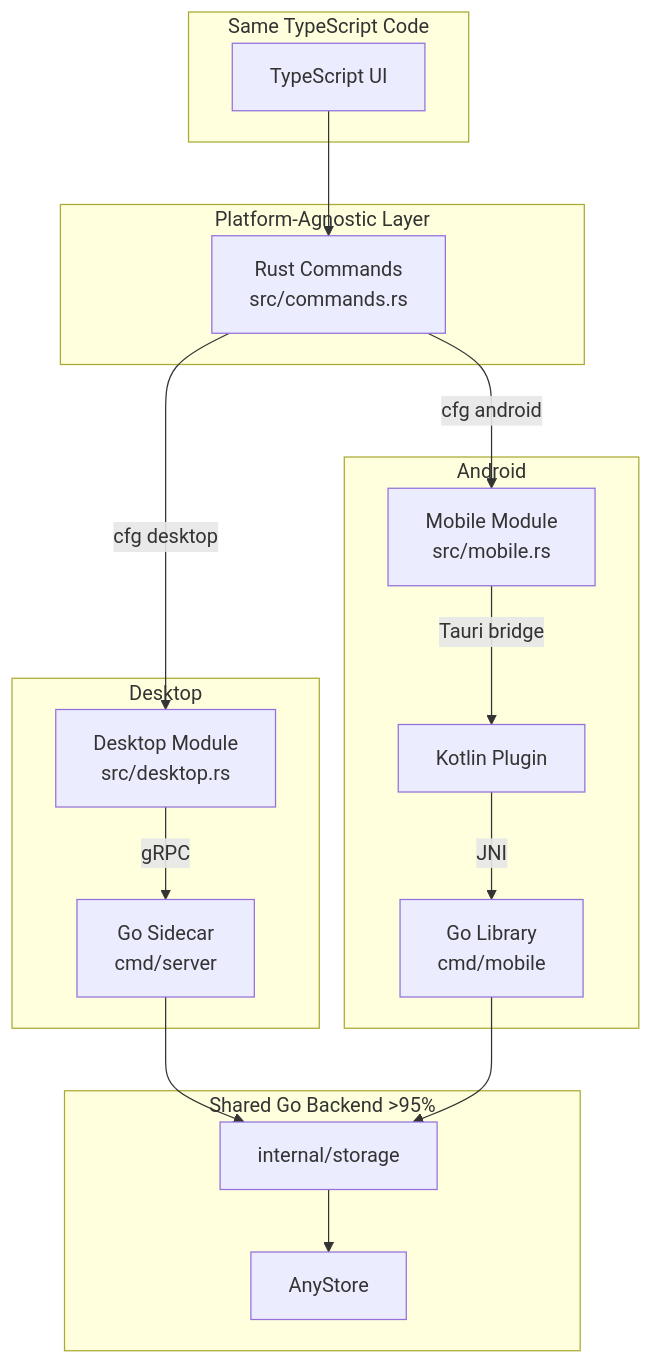
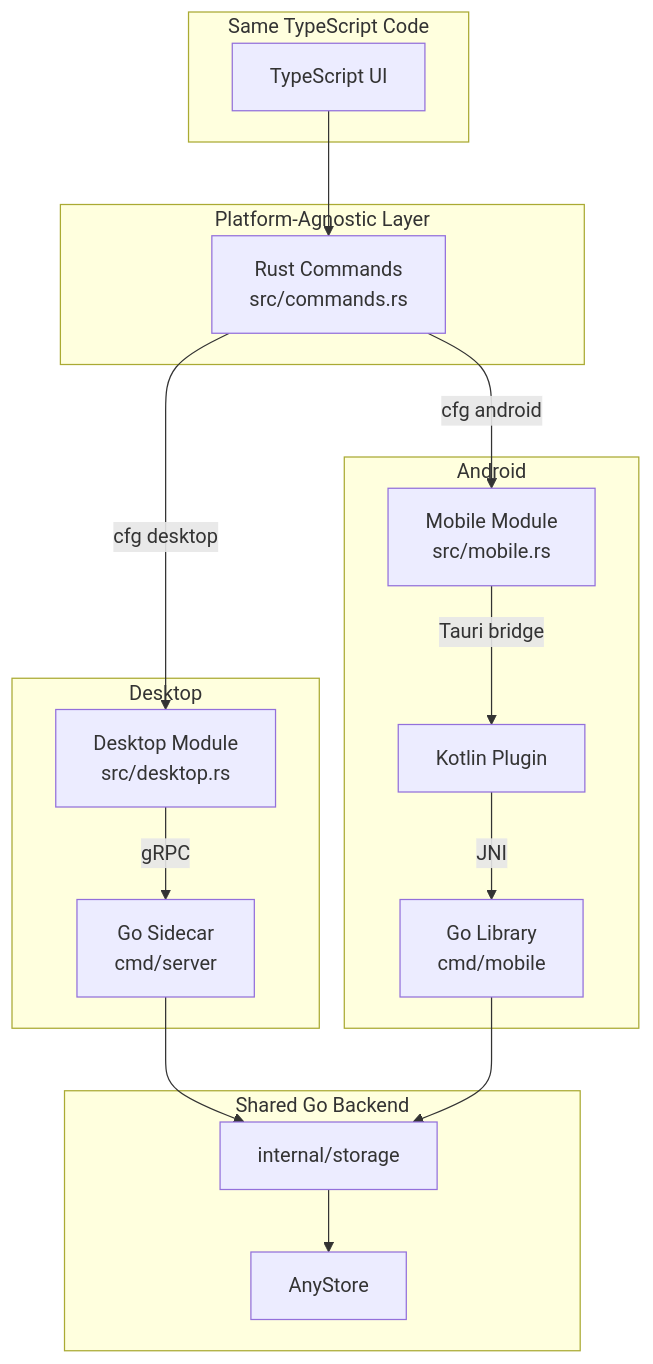
One commit to laughedelic/tauri-plugin-any-sync changed the first of 2 diagrams in openspec/changes/gomobile-android-build/design.md. Above: the diagram before and after it, drawn with Mermaid. The commit also changed 1 other file, not shown here.

````diff
--- a/openspec/changes/gomobile-android-build/design.md
+++ b/openspec/changes/gomobile-android-build/design.md
@@ -85,36 +85,36 @@
 ```mermaid
 flowchart TB
     subgraph "Same TypeScript Code"
         TS[TypeScript UI]
     end
     
     subgraph "Platform-Agnostic Layer"
         CMD[Rust Commands<br/>src/commands.rs]
     end
     
     subgraph "Desktop"
         DESK[Desktop Module<br/>src/desktop.rs]
         SIDE[Go Sidecar<br/>cmd/server]
     end
     
     subgraph "Android"
         MOB[Mobile Module<br/>src/mobile.rs]
         KT[Kotlin Plugin]
         GO_LIB[Go Library<br/>cmd/mobile]
     end
     
-    subgraph "Shared Go Backend >95%"
+    subgraph "Shared Go Backend"
         STORE[internal/storage]
         ANY[AnyStore]
     end
     
     TS --> CMD
     CMD --> |cfg desktop| DESK
     CMD --> |cfg android| MOB
     DESK --> |gRPC| SIDE
     MOB --> |Tauri bridge| KT
     KT --> |JNI| GO_LIB
     SIDE --> STORE
     GO_LIB --> STORE
     STORE --> ANY
 ```
````
